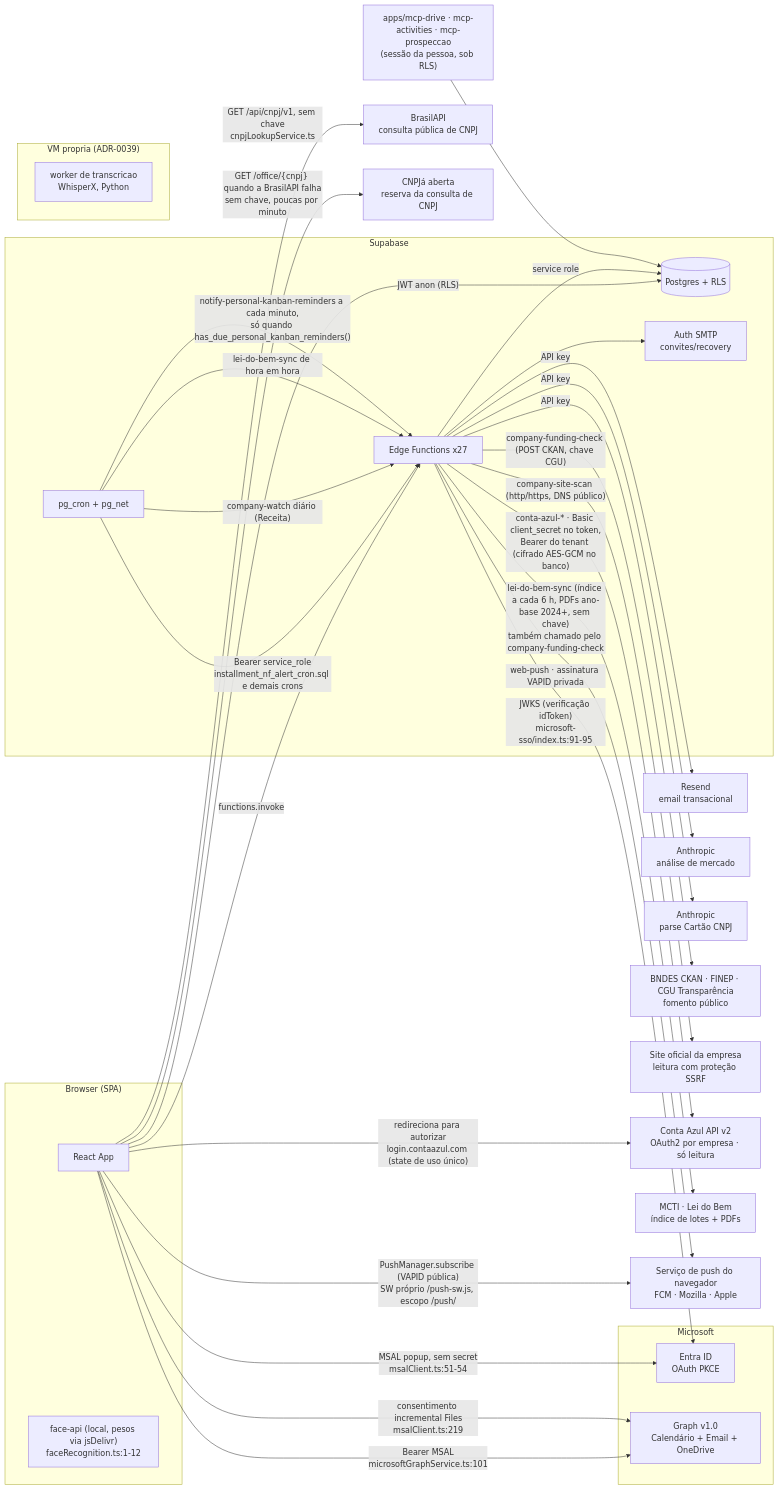
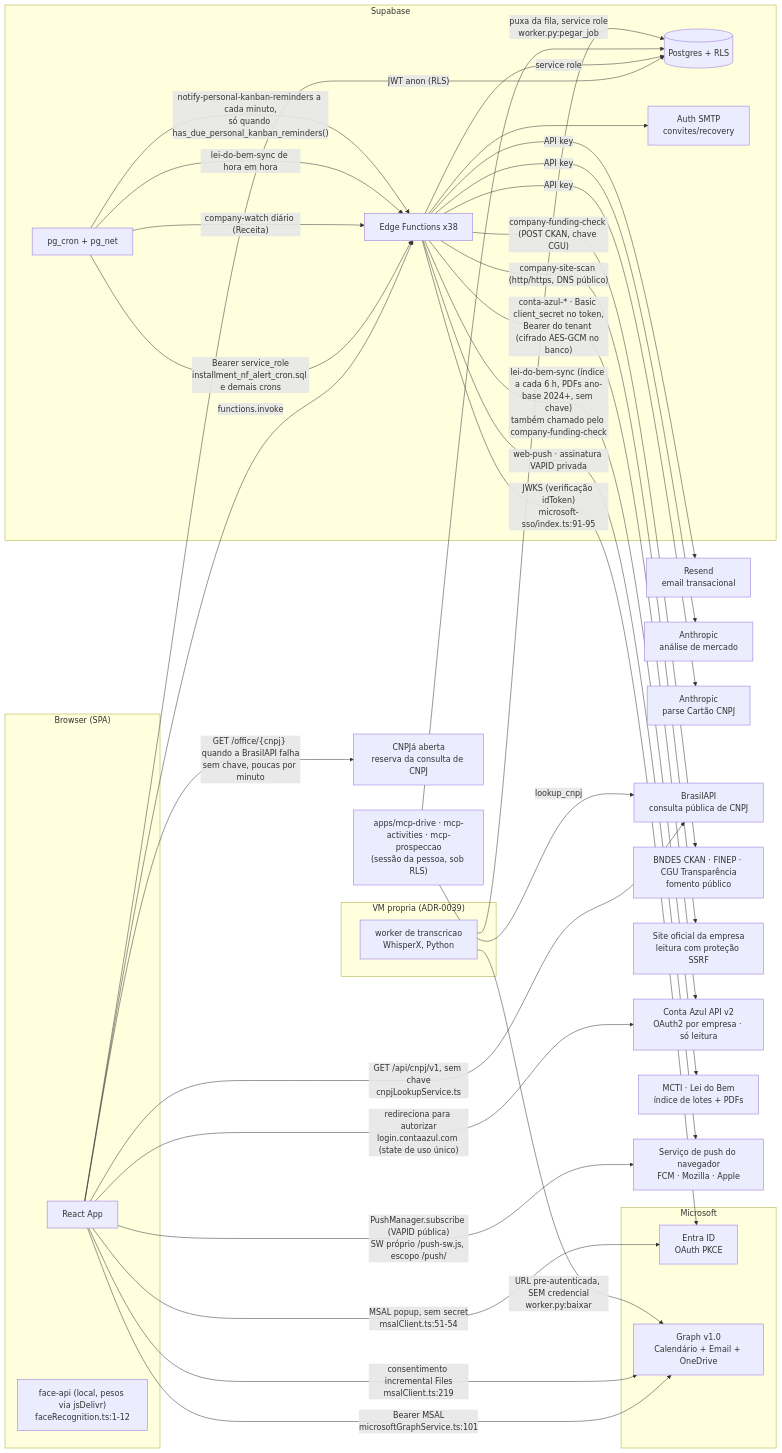
Before and after one commit to Origami-Lab-Organization/og-pulse: the diagram in .harness/docs/architecture/integrations.md, drawn with Mermaid. The commit also changed other lines of this file and 36 other files, not shown here.

````diff
--- a/.harness/docs/architecture/integrations.md
+++ b/.harness/docs/architecture/integrations.md
@@ -37,60 +52,63 @@
 ```mermaid
 flowchart LR
     subgraph Browser["Browser (SPA)"]
         SPA[React App]
         FACE["face-api (local, pesos via jsDelivr)<br/>faceRecognition.ts:1-12"]
     end
 
     subgraph Supabase
         REST[(Postgres + RLS)]
-        EF[Edge Functions x27]
+        EF[Edge Functions x38]
         CRON[pg_cron + pg_net]
         SMTP[Auth SMTP<br/>convites/recovery]
     end
 
     subgraph Microsoft
         ENTRA[Entra ID<br/>OAuth PKCE]
         GRAPH[Graph v1.0<br/>Calendário + Email + OneDrive]
     end
 
     subgraph VM["VM propria (ADR-0039)"]
         WRK["worker de transcricao<br/>WhisperX, Python"]
     end
 
     EXT1[Resend<br/>email transacional]
     EXT2[Anthropic<br/>análise de mercado]
     EXT3[Anthropic<br/>parse Cartão CNPJ]
     EXT4[BrasilAPI<br/>consulta pública de CNPJ]
     EXT9[CNPJá aberta<br/>reserva da consulta de CNPJ]
     EXT5[BNDES CKAN · FINEP · CGU Transparência<br/>fomento público]
     EXT6[Site oficial da empresa<br/>leitura com proteção SSRF]
     EXT7[Conta Azul API v2<br/>OAuth2 por empresa · só leitura]
     EXT8[MCTI · Lei do Bem<br/>índice de lotes + PDFs]
     EXT10[Serviço de push do navegador<br/>FCM · Mozilla · Apple]
 
     SPA -->|"JWT anon (RLS)"| REST
     SPA -->|functions.invoke| EF
     SPA -->|"MSAL popup, sem secret<br/>msalClient.ts:51-54"| ENTRA
     SPA -->|"Bearer MSAL<br/>microsoftGraphService.ts:101"| GRAPH
     SPA -->|"consentimento incremental Files<br/>msalClient.ts:219"| GRAPH
     CRON -->|"Bearer service_role<br/>installment_nf_alert_cron.sql e demais crons"| EF
     EF -->|service role| REST
     EF -->|"JWKS (verificação idToken)<br/>microsoft-sso/index.ts:91-95"| ENTRA
     EF -->|API key| EXT1
     EF -->|API key| EXT2
     EF -->|API key| EXT3
     EF --> SMTP
     EF -->|"company-funding-check (POST CKAN, chave CGU)"| EXT5
     EF -->|"company-site-scan (http/https, DNS público)"| EXT6
     SPA -->|"redireciona para autorizar<br/>login.contaazul.com (state de uso único)"| EXT7
     EF -->|"conta-azul-* · Basic client_secret no token,<br/>Bearer do tenant (cifrado AES-GCM no banco)"| EXT7
     CRON -->|"company-watch diário (Receita)"| EF
     CRON -->|"lei-do-bem-sync de hora em hora"| EF
     CRON -->|"notify-personal-kanban-reminders a cada minuto,<br/>só quando has_due_personal_kanban_reminders()"| EF
     SPA -->|"PushManager.subscribe (VAPID pública)<br/>SW próprio /push-sw.js, escopo /push/"| EXT10
     EF -->|"web-push · assinatura VAPID privada"| EXT10
     EF -->|"lei-do-bem-sync (índice a cada 6 h, PDFs ano-base 2024+, sem chave)<br/>também chamado pelo company-funding-check"| EXT8
     SPA -->|"GET /api/cnpj/v1, sem chave<br/>cnpjLookupService.ts"| EXT4
     SPA -->|"GET /office/{cnpj} quando a BrasilAPI falha<br/>sem chave, poucas por minuto"| EXT9
     MCP["apps/mcp-drive · mcp-activities · mcp-prospeccao<br/>(sessão da pessoa, sob RLS)"] --> REST
+    MCP -->|"lookup_cnpj"| EXT4
+    WRK -->|"puxa da fila, service role<br/>worker.py:pegar_job"| REST
+    WRK -->|"URL pre-autenticada, SEM credencial<br/>worker.py:baixar"| GRAPH
 ```
````
